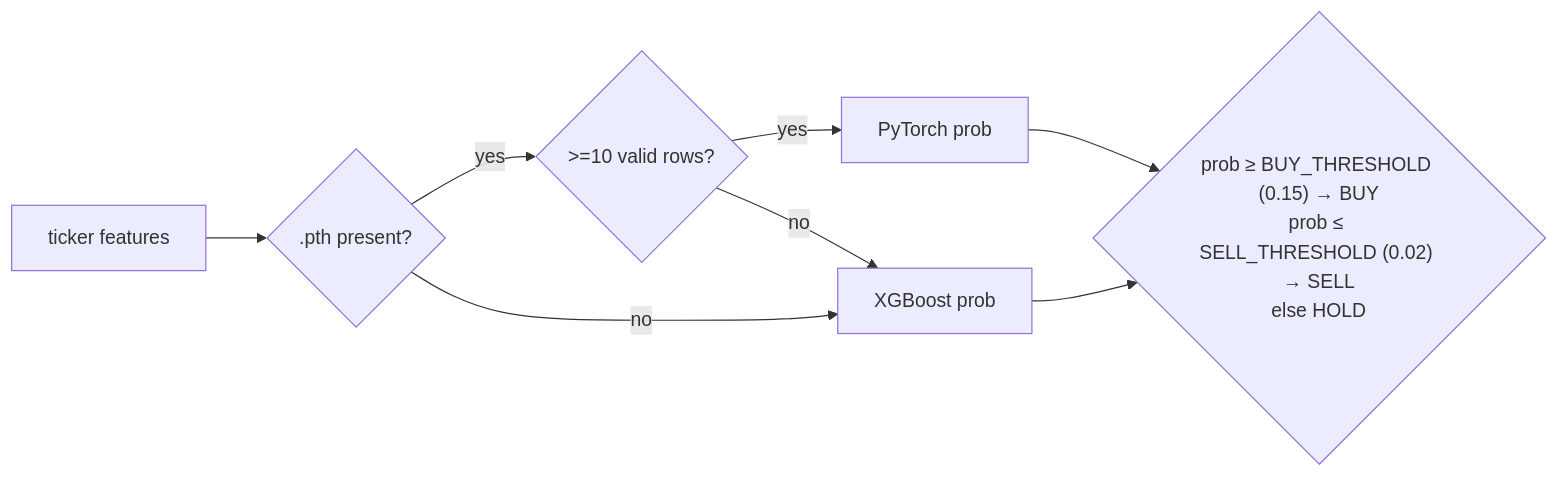
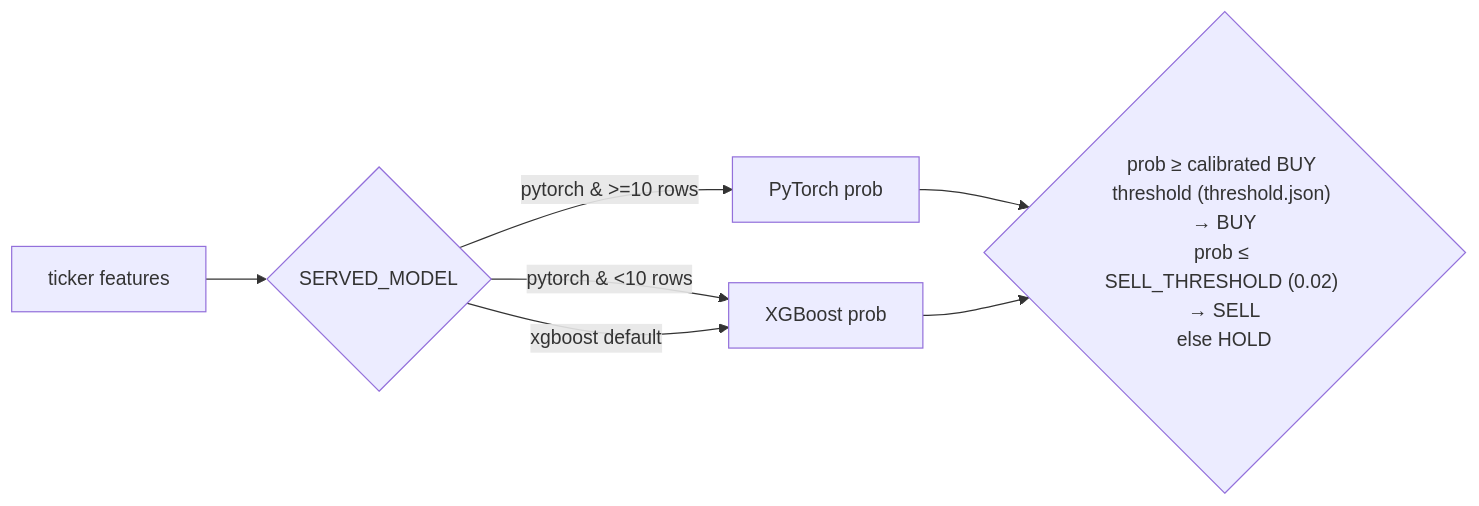
One commit to arvindpereira/ampytech-trader changed the second of 3 diagrams in docs/ml-and-strategy.md. Above: the diagram before and after it, drawn with Mermaid. The commit also changed other lines of this file and 1 other file, not shown here.

First line of the commit message:
Docs: reconcile threshold/served-model + label in-sample as non-predictive (PR#2 review C4/C5)

````diff
--- a/docs/ml-and-strategy.md
+++ b/docs/ml-and-strategy.md
@@ -81,9 +86,8 @@
 ```mermaid
 flowchart LR
-    A[ticker features] --> B{.pth present?}
-    B -->|yes| C{>=10 valid rows?}
-    C -->|yes| D[PyTorch prob]
-    C -->|no| E[XGBoost prob]
-    B -->|no| E
-    D & E --> F{"prob ≥ BUY_THRESHOLD (0.15) → BUY<br/>prob ≤ SELL_THRESHOLD (0.02) → SELL<br/>else HOLD"}
+    A[ticker features] --> B{SERVED_MODEL}
+    B -->|pytorch & >=10 rows| D[PyTorch prob]
+    B -->|pytorch & <10 rows| E[XGBoost prob]
+    B -->|xgboost default| E
+    D & E --> F{"prob ≥ calibrated BUY threshold (threshold.json) → BUY<br/>prob ≤ SELL_THRESHOLD (0.02) → SELL<br/>else HOLD"}
 ```
````
